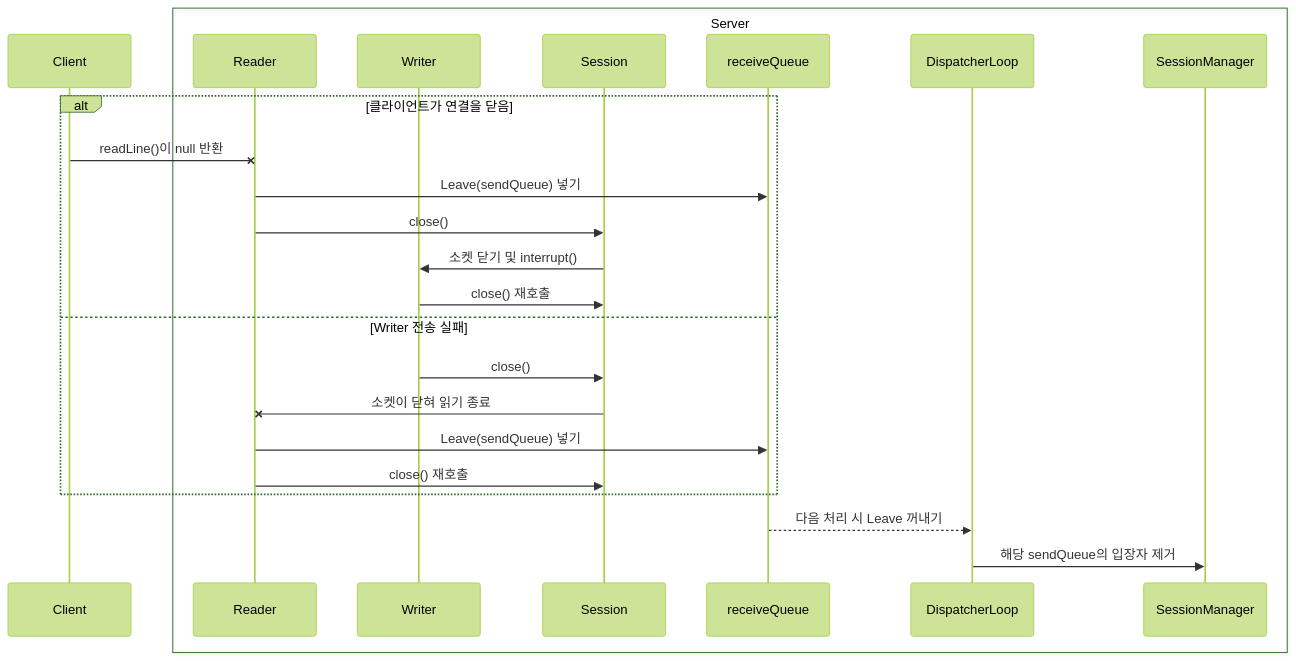
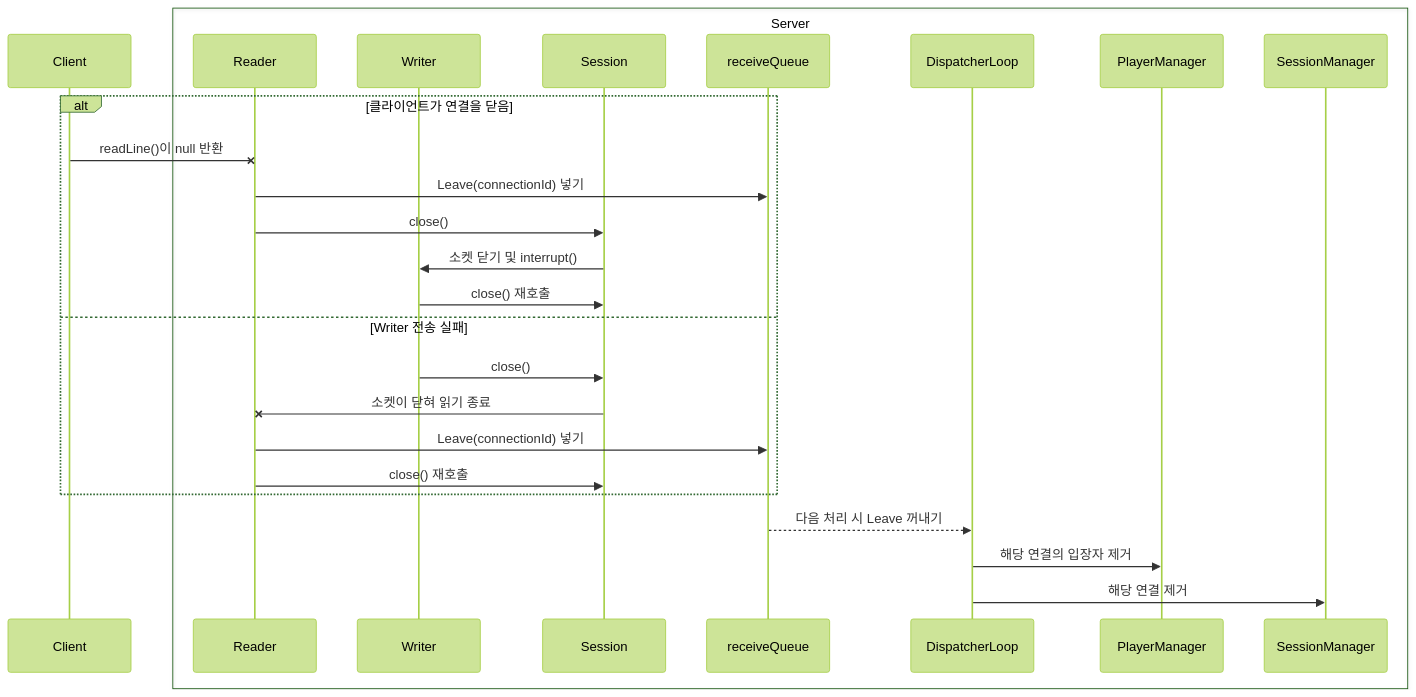
The diagram in docs/thread-diagram/v1/session.md (networkMinigame/minigame), drawn with Mermaid (forest theme) before and after one commit. The commit also changed other lines of this file and 12 other files, not shown here.

````diff
--- a/docs/thread-diagram/v1/session.md
+++ b/docs/thread-diagram/v1/session.md
@@ -16,28 +16,30 @@
 ```mermaid
 sequenceDiagram
     participant C as Client
     box Server
         participant R as Reader
         participant W as Writer
         participant S as Session
         participant Q as receiveQueue
         participant L as DispatcherLoop
-        participant M as SessionManager
+        participant M as PlayerManager
+        participant SM as SessionManager
     end
 
     alt 클라이언트가 연결을 닫음
         C-xR: readLine()이 null 반환
-        R->>Q: Leave(sendQueue) 넣기
+        R->>Q: Leave(connectionId) 넣기
         R->>S: close()
         S->>W: 소켓 닫기 및 interrupt()
         W->>S: close() 재호출
     else Writer 전송 실패
         W->>S: close()
         S-xR: 소켓이 닫혀 읽기 종료
-        R->>Q: Leave(sendQueue) 넣기
+        R->>Q: Leave(connectionId) 넣기
         R->>S: close() 재호출
     end
 
     Q-->>L: 다음 처리 시 Leave 꺼내기
-    L->>M: 해당 sendQueue의 입장자 제거
+    L->>M: 해당 연결의 입장자 제거
+    L->>SM: 해당 연결 제거
 ```
````
